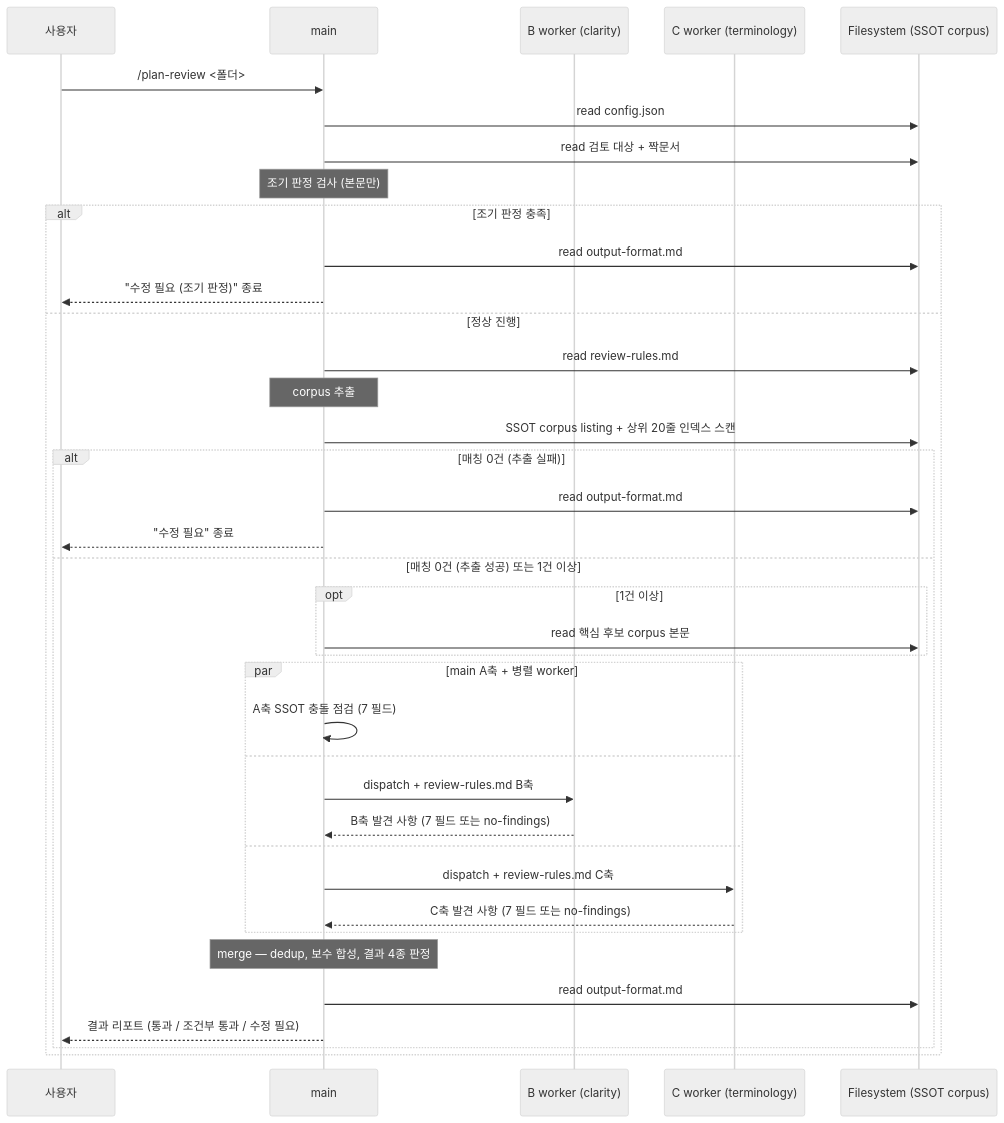
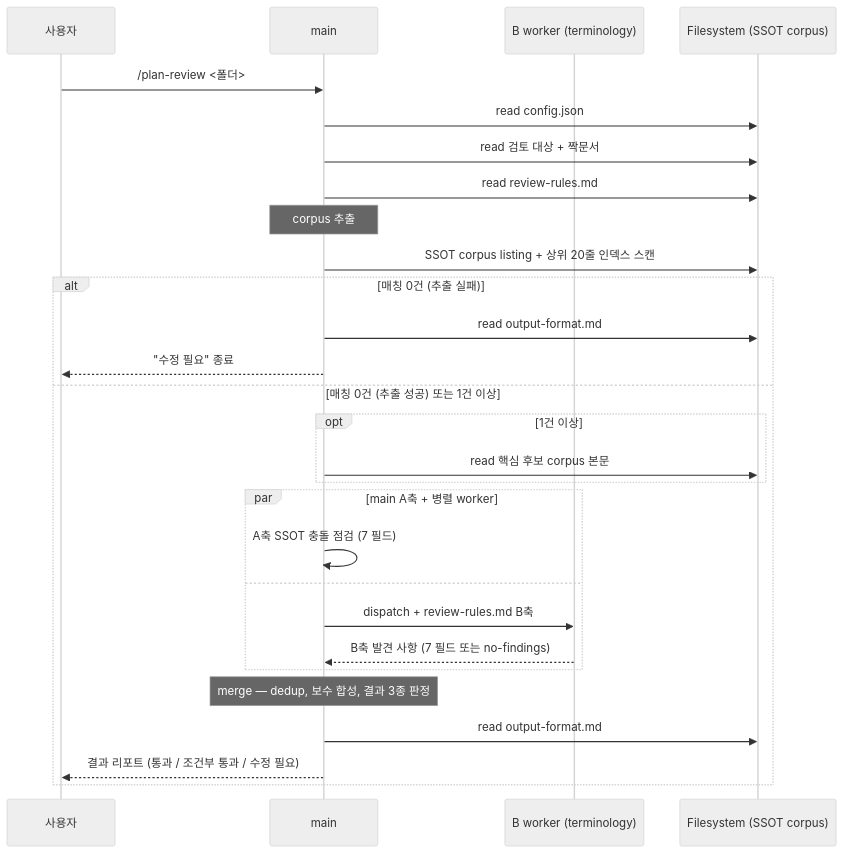
The second of 3 diagrams in product-team-kit/docs/skills-workflow-detail.md (inkwonjung-colosseum/plugins), drawn with Mermaid (neutral theme) before and after one commit. The commit also changed other lines of this file and 23 other files, not shown here.

````diff
--- a/product-team-kit/docs/skills-workflow-detail.md
+++ b/product-team-kit/docs/skills-workflow-detail.md
@@ -193,43 +193,33 @@
 ```mermaid
 sequenceDiagram
     participant U as 사용자
     participant M as main
-    participant B as B worker (clarity)
-    participant C as C worker (terminology)
+    participant B as B worker (terminology)
     participant FS as Filesystem (SSOT corpus)
 
     U->>M: /plan-review <폴더>
     M->>FS: read config.json
     M->>FS: read 검토 대상 + 짝문서
-    Note over M: 조기 판정 검사 (본문만)
-    alt 조기 판정 충족
+    M->>FS: read review-rules.md
+    Note over M: corpus 추출
+    M->>FS: SSOT corpus listing + 상위 20줄 인덱스 스캔
+    alt 매칭 0건 (추출 실패)
         M->>FS: read output-format.md
-        M-->>U: "수정 필요 (조기 판정)" 종료
-    else 정상 진행
-        M->>FS: read review-rules.md
-        Note over M: corpus 추출
-        M->>FS: SSOT corpus listing + 상위 20줄 인덱스 스캔
-        alt 매칭 0건 (추출 실패)
-            M->>FS: read output-format.md
-            M-->>U: "수정 필요" 종료
-        else 매칭 0건 (추출 성공) 또는 1건 이상
-            opt 1건 이상
-                M->>FS: read 핵심 후보 corpus 본문
-            end
+        M-->>U: "수정 필요" 종료
+    else 매칭 0건 (추출 성공) 또는 1건 이상
+        opt 1건 이상
+            M->>FS: read 핵심 후보 corpus 본문
+        end
 
-            par main A축 + 병렬 worker
-                M->>M: A축 SSOT 충돌 점검 (7 필드)
-            and
-                M->>B: dispatch + review-rules.md B축
-                B-->>M: B축 발견 사항 (7 필드 또는 no-findings)
-            and
-                M->>C: dispatch + review-rules.md C축
-                C-->>M: C축 발견 사항 (7 필드 또는 no-findings)
-            end
+        par main A축 + 병렬 worker
+            M->>M: A축 SSOT 충돌 점검 (7 필드)
+        and
+            M->>B: dispatch + review-rules.md B축
+            B-->>M: B축 발견 사항 (7 필드 또는 no-findings)
+        end
 
-            Note over M: merge — dedup, 보수 합성, 결과 4종 판정
-            M->>FS: read output-format.md
-            M-->>U: 결과 리포트 (통과 / 조건부 통과 / 수정 필요)
-        end
+        Note over M: merge — dedup, 보수 합성, 결과 3종 판정
+        M->>FS: read output-format.md
+        M-->>U: 결과 리포트 (통과 / 조건부 통과 / 수정 필요)
     end
 ```
````
